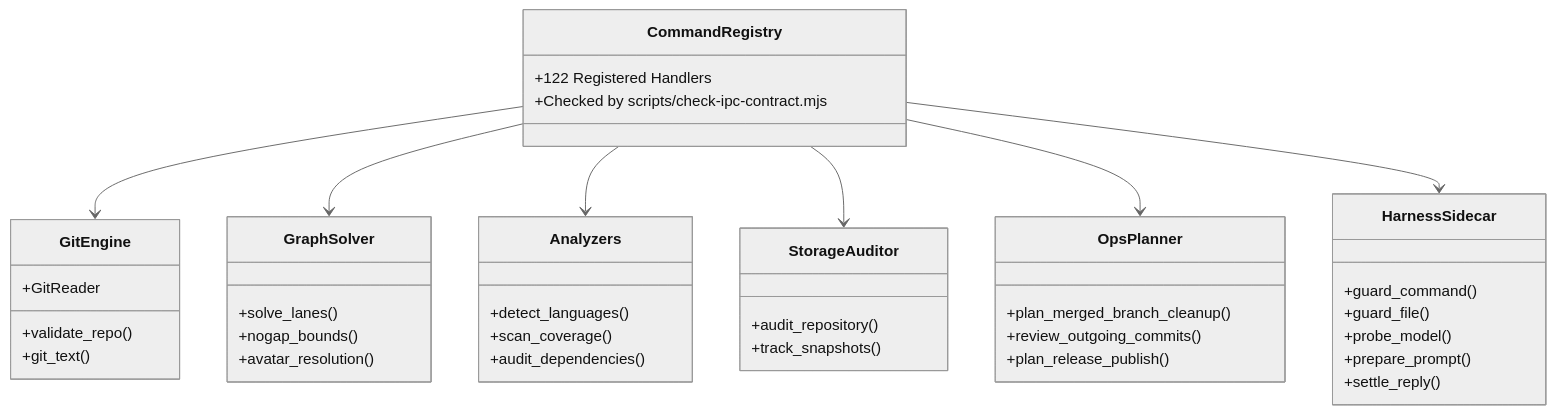
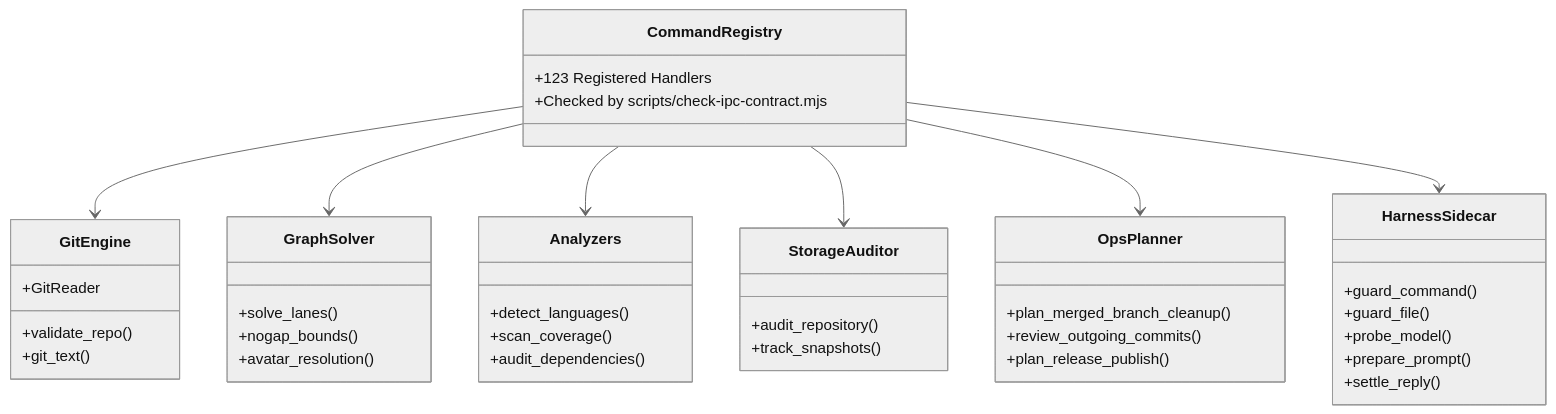
One commit to bharathvbcr/GitPulse changed the third of 4 diagrams in docs/ARCHITECTURE.md. Above: the diagram before and after it, drawn with Mermaid (neutral theme). The commit also changed other lines of this file and 12 other files, not shown here.

````diff
--- a/docs/ARCHITECTURE.md
+++ b/docs/ARCHITECTURE.md
@@ -96,45 +96,45 @@
 ```mermaid
 classDiagram
     class CommandRegistry {
-        +122 Registered Handlers
+        +123 Registered Handlers
         +Checked by scripts/check-ipc-contract.mjs
     }
     class GitEngine {
         +validate_repo()
         +git_text()
         +GitReader
     }
     class GraphSolver {
         +solve_lanes()
         +nogap_bounds()
         +avatar_resolution()
     }
     class Analyzers {
         +detect_languages()
         +scan_coverage()
         +audit_dependencies()
     }
     class StorageAuditor {
         +audit_repository()
         +track_snapshots()
     }
     class OpsPlanner {
         +plan_merged_branch_cleanup()
         +review_outgoing_commits()
         +plan_release_publish()
     }
     class HarnessSidecar {
         +guard_command()
         +guard_file()
         +probe_model()
         +prepare_prompt()
         +settle_reply()
     }
 
     CommandRegistry --> GitEngine
     CommandRegistry --> GraphSolver
     CommandRegistry --> Analyzers
     CommandRegistry --> StorageAuditor
     CommandRegistry --> OpsPlanner
     CommandRegistry --> HarnessSidecar
 ```
````
